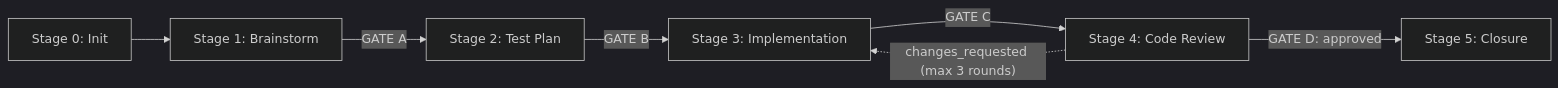
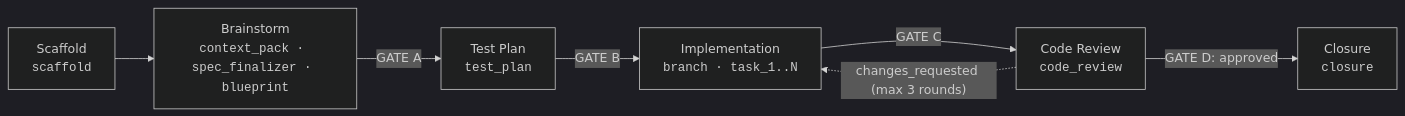
The diagram in site/concepts/pipeline.md (piyushbhargava1412/arcus-plugin), drawn with Mermaid (dark theme) before and after one commit. The commit also changed other lines of this file and 14 other files, not shown here.

Commit message:
docs(ARC-0002): Task 14: sync site docs, README, CHANGELOG, AGENTS, .context to new architecture

````diff
--- a/site/concepts/pipeline.md
+++ b/site/concepts/pipeline.md
@@ -25,9 +40,9 @@
 ```mermaid
 flowchart LR
-  S0["Stage 0: Init"] --> S1["Stage 1: Brainstorm"]
-  S1 -->|"GATE A"| S2["Stage 2: Test Plan"]
-  S2 -->|"GATE B"| S3["Stage 3: Implementation"]
-  S3 -->|"GATE C"| S4["Stage 4: Code Review"]
-  S4 -->|"GATE D: approved"| S5["Stage 5: Closure"]
+  S0["Scaffold<br/><code>scaffold</code>"] --> S1["Brainstorm<br/><code>context_pack · spec_finalizer · blueprint</code>"]
+  S1 -->|"GATE A"| S2["Test Plan<br/><code>test_plan</code>"]
+  S2 -->|"GATE B"| S3["Implementation<br/><code>branch · task_1..N</code>"]
+  S3 -->|"GATE C"| S4["Code Review<br/><code>code_review</code>"]
+  S4 -->|"GATE D: approved"| S5["Closure<br/><code>closure</code>"]
   S4 -. "changes_requested (max 3 rounds)" .-> S3
 ```
````
